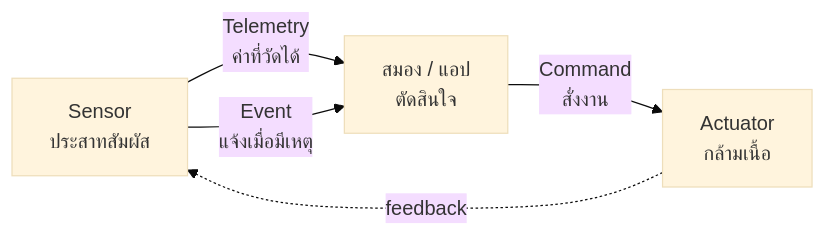
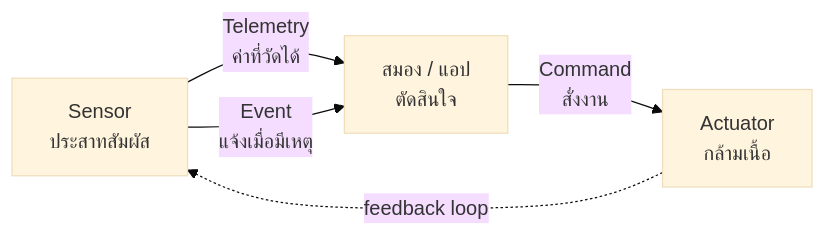
One commit to Taopoon/kmutt-nd69-learning-notes changed the second of 5 diagrams in nd2/01-web-mobile-apps-for-iot.md. Above: the diagram before and after it, drawn with Mermaid (base theme). The commit also changed other lines of this file, not shown here.

````diff
--- a/nd2/01-web-mobile-apps-for-iot.md
+++ b/nd2/01-web-mobile-apps-for-iot.md
@@ -24,7 +58,7 @@
 ```mermaid
 flowchart LR
     S[Sensor<br/>ประสาทสัมผัส] -->|Telemetry<br/>ค่าที่วัดได้| B[สมอง / แอป<br/>ตัดสินใจ]
     S -->|Event<br/>แจ้งเมื่อมีเหตุ| B
     B -->|Command<br/>สั่งงาน| A[Actuator<br/>กล้ามเนื้อ]
-    A -. feedback .-> S
+    A -. feedback loop .-> S
 ```
````
